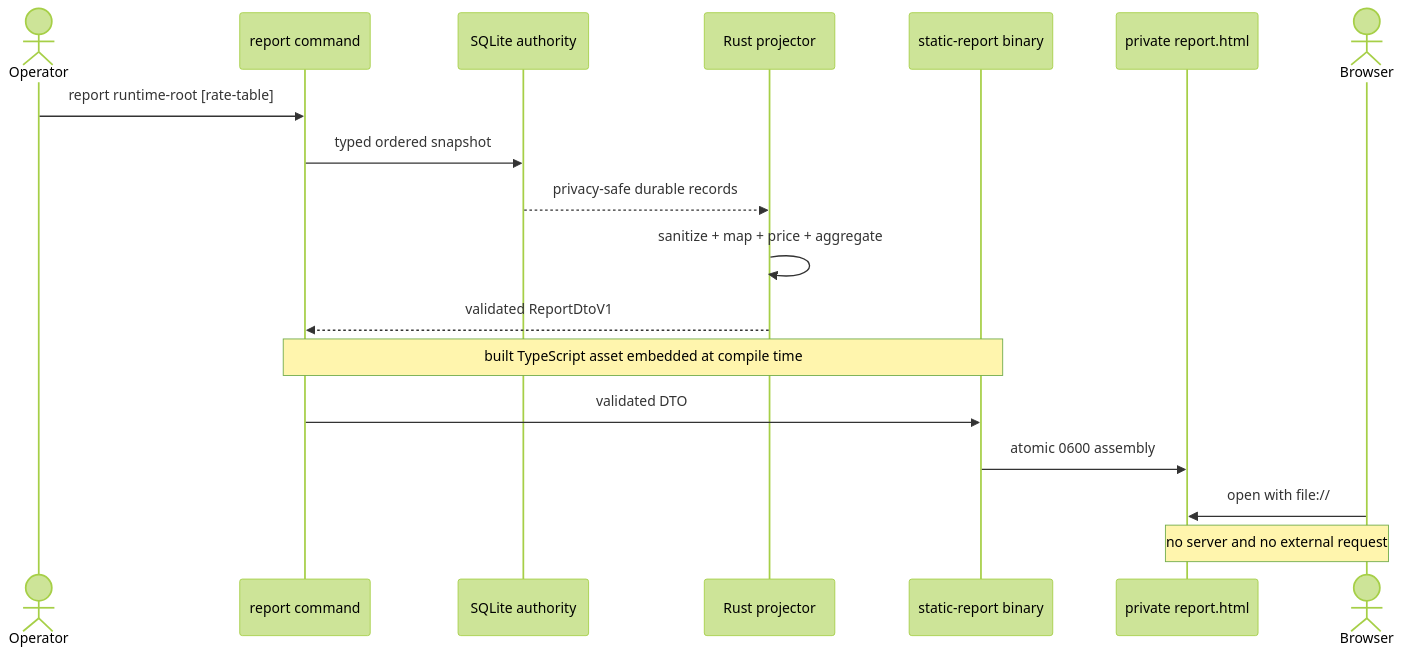
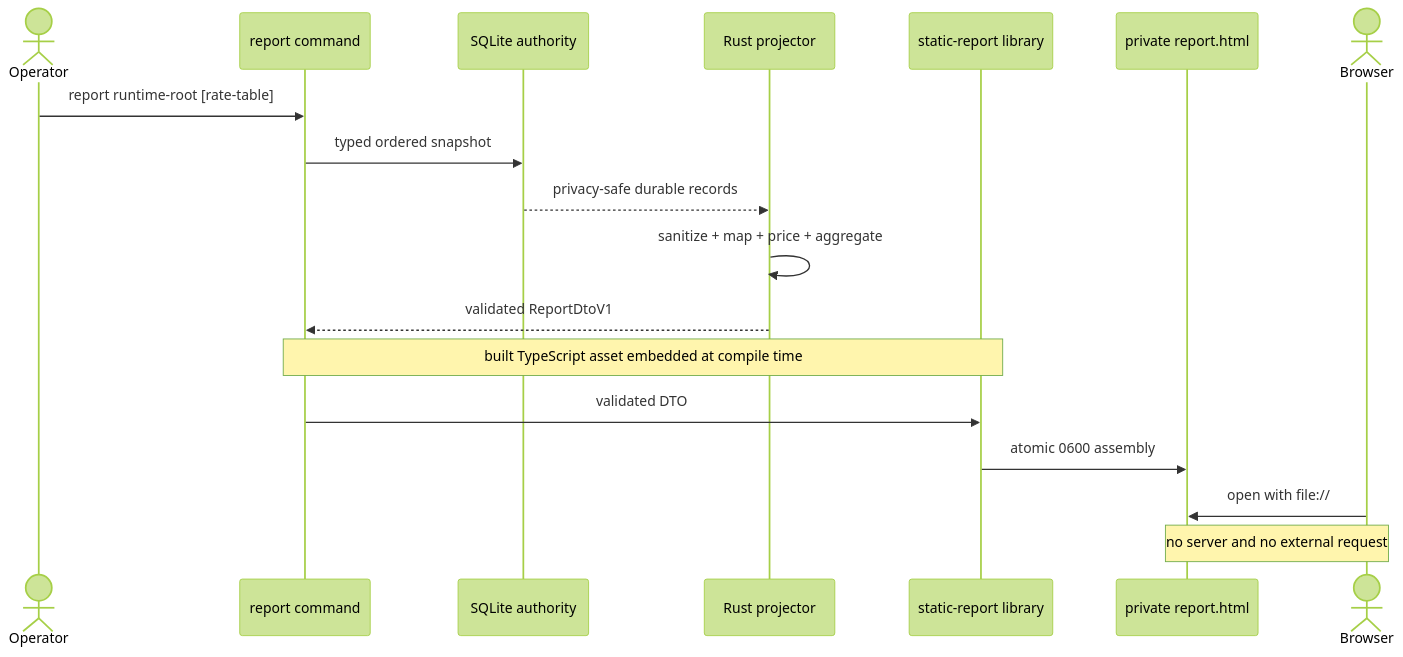
Before and after one commit to MCprotein/agent-observability: the sixth of 8 diagrams in docs/COLLECTION_FLOW.md, drawn with Mermaid (forest theme). The commit also changed other lines of this file and 11 other files, not shown here.

````diff
--- a/docs/COLLECTION_FLOW.md
+++ b/docs/COLLECTION_FLOW.md
@@ -217,21 +218,21 @@
 ```mermaid
 sequenceDiagram
     actor Operator
     participant CLI as report command
     participant Store as SQLite authority
     participant App as Rust projector
-    participant Binary as static-report binary
+    participant Assembler as static-report library
     participant HTML as private report.html
     actor Browser
 
     Operator->>CLI: report runtime-root [rate-table]
     CLI->>Store: typed ordered snapshot
     Store-->>App: privacy-safe durable records
     App->>App: sanitize + map + price + aggregate
     App-->>CLI: validated ReportDtoV1
-    Note over CLI,Binary: built TypeScript asset embedded at compile time
-    CLI->>Binary: validated DTO
-    Binary->>HTML: atomic 0600 assembly
+    Note over CLI,Assembler: built TypeScript asset embedded at compile time
+    CLI->>Assembler: validated DTO
+    Assembler->>HTML: atomic 0600 assembly
     Browser->>HTML: open with file://
     Note over Browser,HTML: no server and no external request
 ```
````
